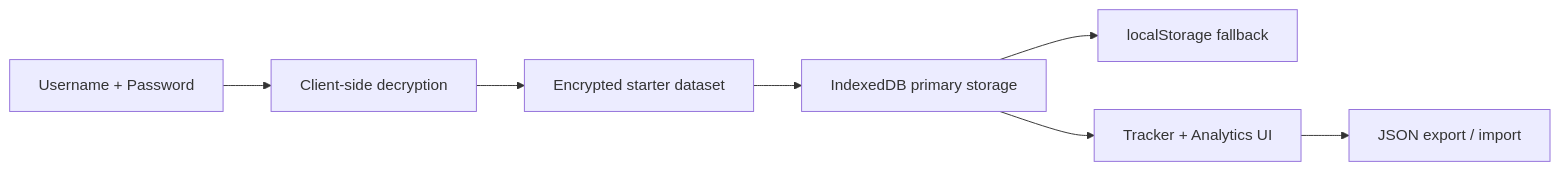
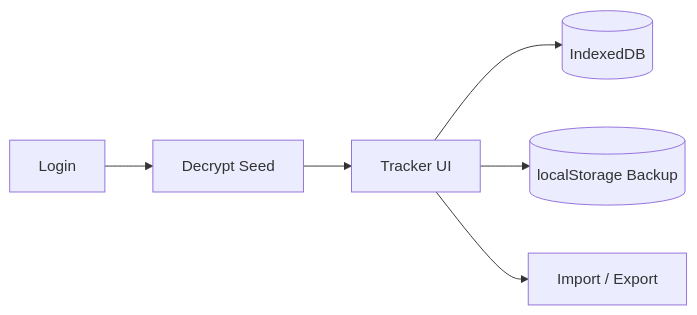
The diagram in README.md (aosman101/job-search-analytics-tracker), drawn with Mermaid before and after one commit. The commit also changed other lines of this file, not shown here.

Commit message:
Update README.md to enhance project description and architecture details

````diff
--- a/README.md
+++ b/README.md
@@ -18,9 +15,8 @@
 ```mermaid
 flowchart LR
-  Login[Username + Password] --> Unlock[Client-side decryption]
-  Unlock --> Seed[Encrypted starter dataset]
-  Seed --> Store[IndexedDB primary storage]
-  Store --> Backup[localStorage fallback]
-  Store --> UI[Tracker + Analytics UI]
-  UI --> Export[JSON export / import]
+  A[Login] --> B[Decrypt Seed]
+  B --> C[Tracker UI]
+  C --> D[(IndexedDB)]
+  C --> E[(localStorage Backup)]
+  C --> F[Import / Export]
 ```
````
